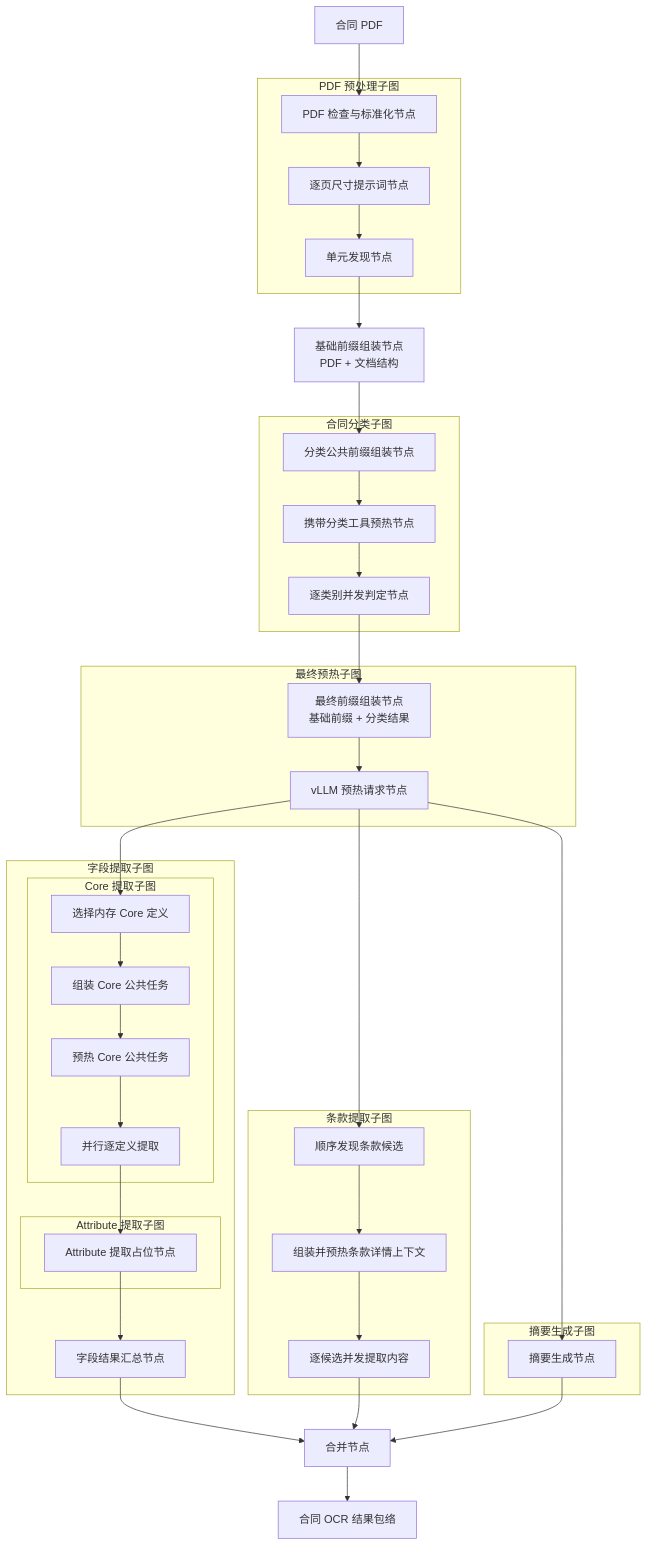
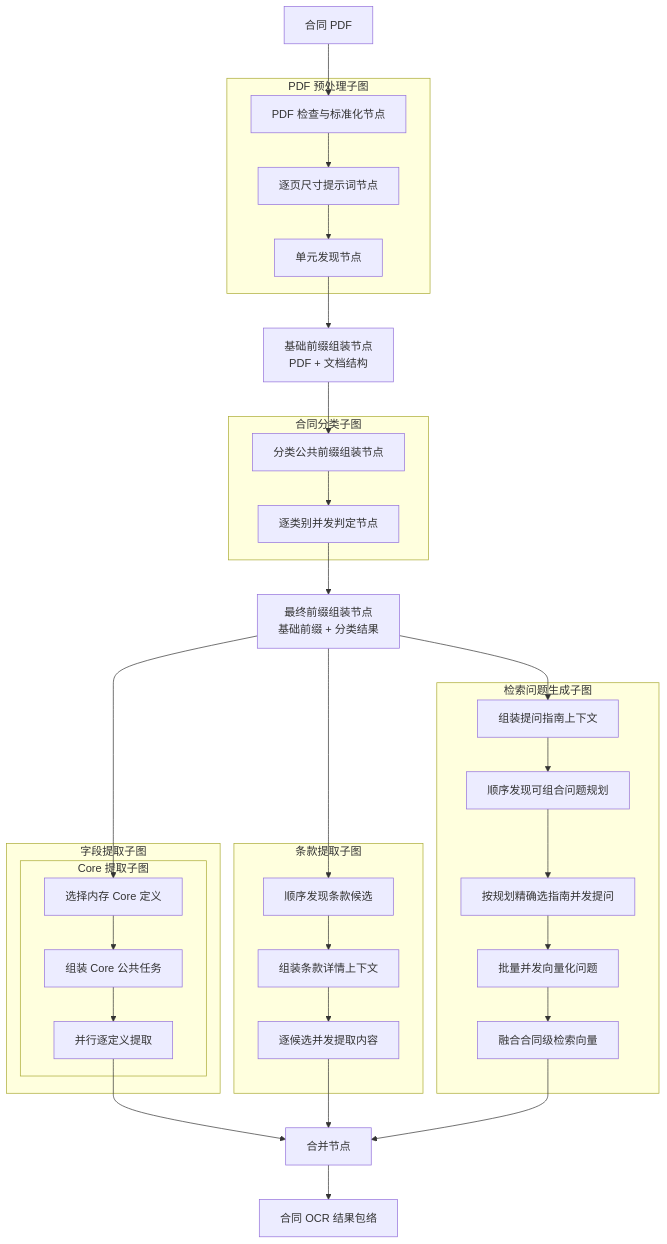
Before and after one commit to caicai-6666/contract-service-be: the diagram in description/architecture/contract-extraction-agent-workflow.md, drawn with Mermaid. The commit also changed other lines of this file and 95 other files, not shown here.

````diff
--- a/description/architecture/contract-extraction-agent-workflow.md
+++ b/description/architecture/contract-extraction-agent-workflow.md
@@ -9,63 +9,58 @@
 ```mermaid
 flowchart TD
     input["合同 PDF"]
 
     subgraph preprocessing_subgraph["PDF 预处理子图"]
         prepare_pdf["PDF 检查与标准化节点"]
         build_prompt["逐页尺寸提示词节点"]
         discover_units["单元发现节点"]
         prepare_pdf --> build_prompt --> discover_units
     end
 
     assemble_base["基础前缀组装节点<br/>PDF + 文档结构"]
 
     subgraph classification_subgraph["合同分类子图"]
         assemble_classification["分类公共前缀组装节点"]
-        prefill_classification["携带分类工具预热节点"]
         classify["逐类别并发判定节点"]
-        assemble_classification --> prefill_classification --> classify
+        assemble_classification --> classify
     end
 
-    subgraph preheat_subgraph["最终预热子图"]
-        assemble_prefill["最终前缀组装节点<br/>基础前缀 + 分类结果"]
-        request_prefill["vLLM 预热请求节点"]
-        assemble_prefill --> request_prefill
-    end
+    assemble_prefill["最终前缀组装节点<br/>基础前缀 + 分类结果"]
 
     subgraph field_subgraph["字段提取子图"]
         subgraph core_subgraph["Core 提取子图"]
             select_core["选择内存 Core 定义"]
             assemble_core["组装 Core 公共任务"]
-            prefill_core["预热 Core 公共任务"]
             core_node["并行逐定义提取"]
-            select_core --> assemble_core --> prefill_core --> core_node
+            select_core --> assemble_core --> core_node
         end
-        subgraph attribute_subgraph["Attribute 提取子图"]
-            attribute_node["Attribute 提取占位节点"]
-        end
-        core_node --> attribute_node --> field_merge["字段结果汇总节点"]
     end
 
     subgraph clause_subgraph["条款提取子图"]
         discover_clause["顺序发现条款候选"]
-        preheat_clause["组装并预热条款详情上下文"]
+        preheat_clause["组装条款详情上下文"]
         extract_clause["逐候选并发提取内容"]
         discover_clause --> preheat_clause --> extract_clause
     end
 
-    subgraph summary_subgraph["摘要生成子图"]
-        summary_node["摘要生成节点"]
+    subgraph retrieval_question_subgraph["检索问题生成子图"]
+        render_question_guides["组装提问指南上下文"]
+        discover_question_focuses["顺序发现可组合问题规划"]
+        generate_questions["按规划精确选指南并发提问"]
+        embed_questions["批量并发向量化问题"]
+        fuse_question_embeddings["融合合同级检索向量"]
+        render_question_guides --> discover_question_focuses --> generate_questions --> embed_questions --> fuse_question_embeddings
     end
 
     input --> prepare_pdf
     discover_units --> assemble_base --> assemble_classification
     classify --> assemble_prefill
-    request_prefill --> select_core
-    request_prefill --> discover_clause
-    request_prefill --> summary_node
+    assemble_prefill --> select_core
+    assemble_prefill --> discover_clause
+    assemble_prefill --> render_question_guides
 
-    field_merge --> merge["合并节点"]
+    core_node --> merge["合并节点"]
     extract_clause --> merge
-    summary_node --> merge
+    fuse_question_embeddings --> merge
     merge --> result["合同 OCR 结果包络"]
 ```
````
